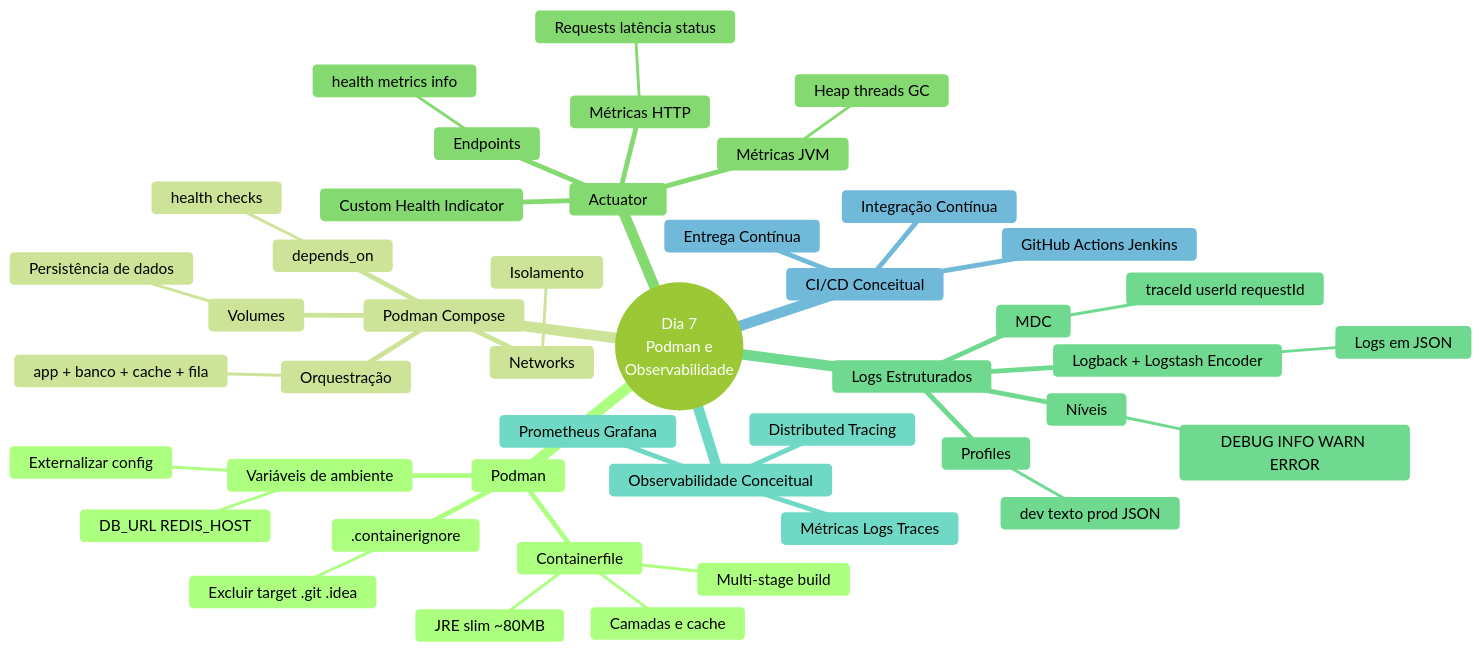
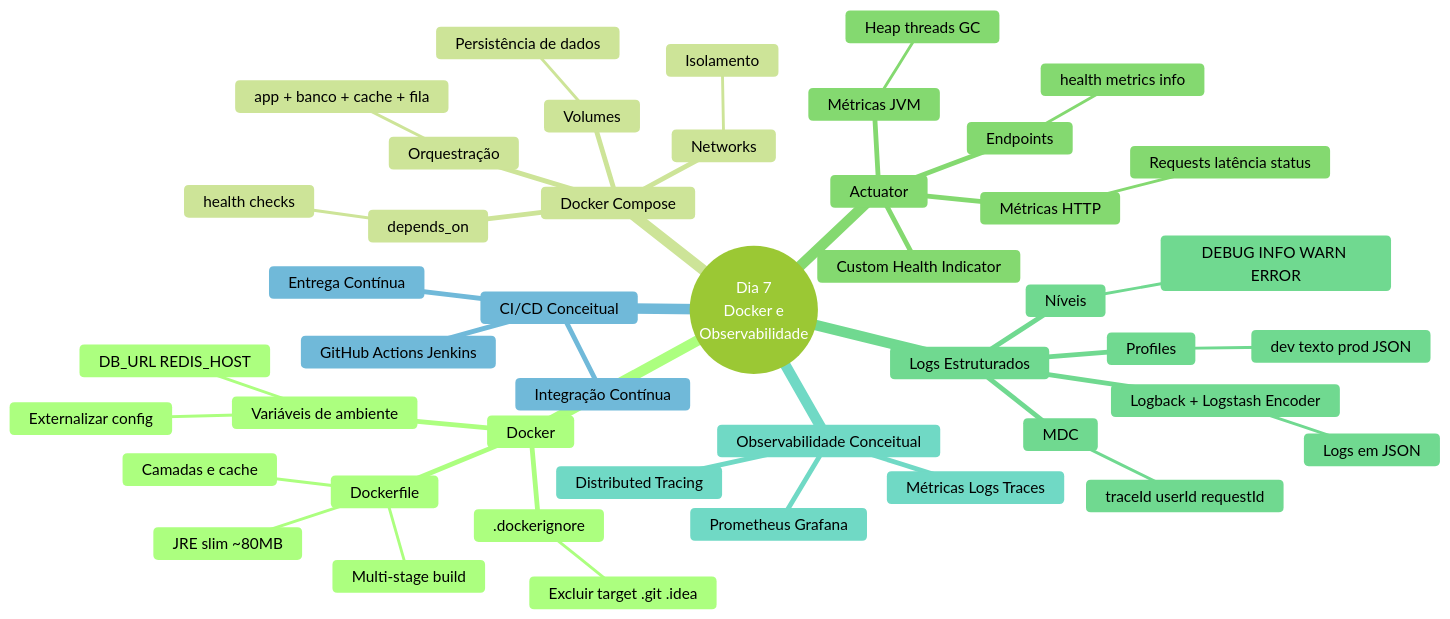
Before and after one commit to deusemarjunior/trein-java-intermed: the second of 2 diagrams in dia-07/slide-01.md, drawn with Mermaid (forest theme). The commit also changed other lines of this file and 12 other files, not shown here.

First line of the commit message:
Refactor slides and configuration files to transition from Podman to Docker

````diff
--- a/dia-07/slide-01.md
+++ b/dia-07/slide-01.md
@@ -76,48 +76,48 @@
 ```mermaid
 mindmap
-  root((Dia 7<br/>Podman e<br/>Observabilidade))
-    Podman
-      Containerfile
+  root((Dia 7<br/>Docker e<br/>Observabilidade))
+    Docker
+      Dockerfile
         Camadas e cache
         Multi-stage build
         JRE slim ~80MB
-      .containerignore
+      .dockerignore
         Excluir target .git .idea
       Variáveis de ambiente
         Externalizar config
         DB_URL REDIS_HOST
-    Podman Compose
+    Docker Compose
       Orquestração
         app + banco + cache + fila
       depends_on
         health checks
       Volumes
         Persistência de dados
       Networks
         Isolamento
     Actuator
       Endpoints
         health metrics info
       Métricas JVM
         Heap threads GC
       Métricas HTTP
         Requests latência status
       Custom Health Indicator
     Logs Estruturados
       Logback + Logstash Encoder
         Logs em JSON
       MDC
         traceId userId requestId
       Profiles
         dev texto prod JSON
       Níveis
         DEBUG INFO WARN ERROR
     Observabilidade Conceitual
       Métricas Logs Traces
       Prometheus Grafana
       Distributed Tracing
     CI/CD Conceitual
       Integração Contínua
       Entrega Contínua
       GitHub Actions Jenkins
 ```
````
